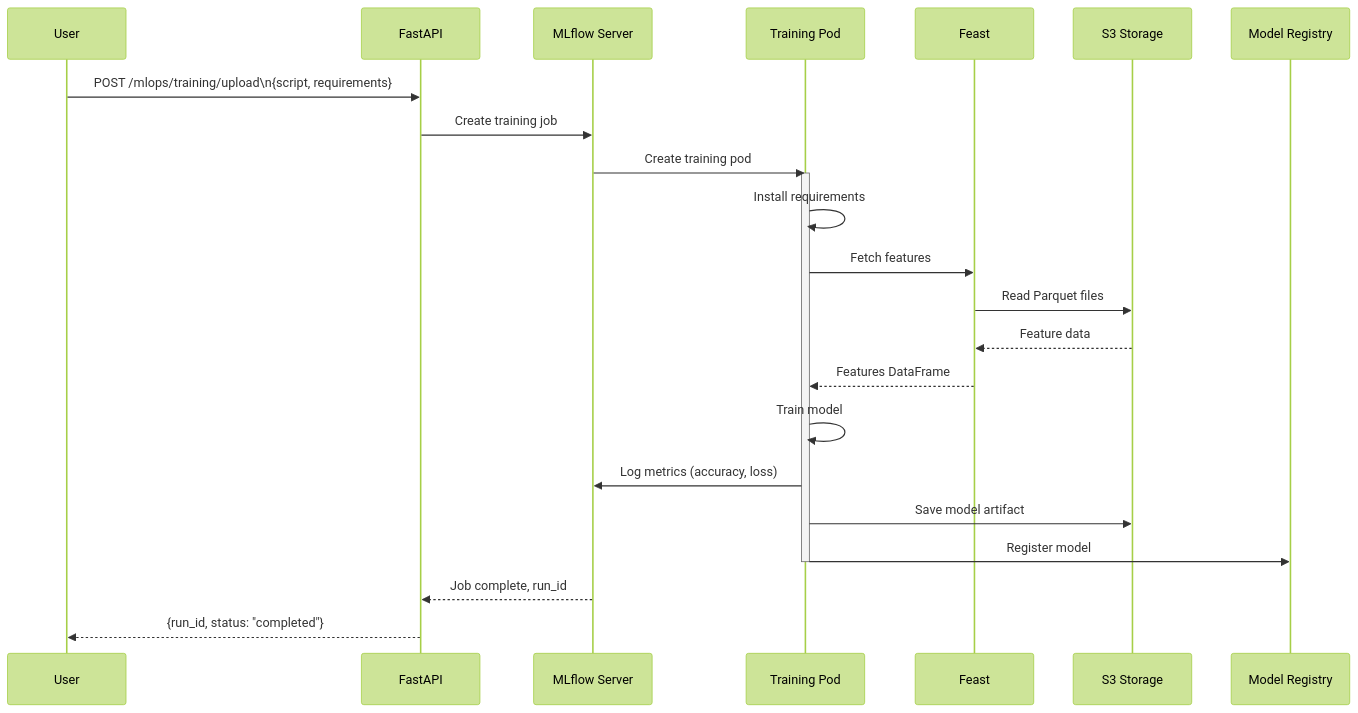
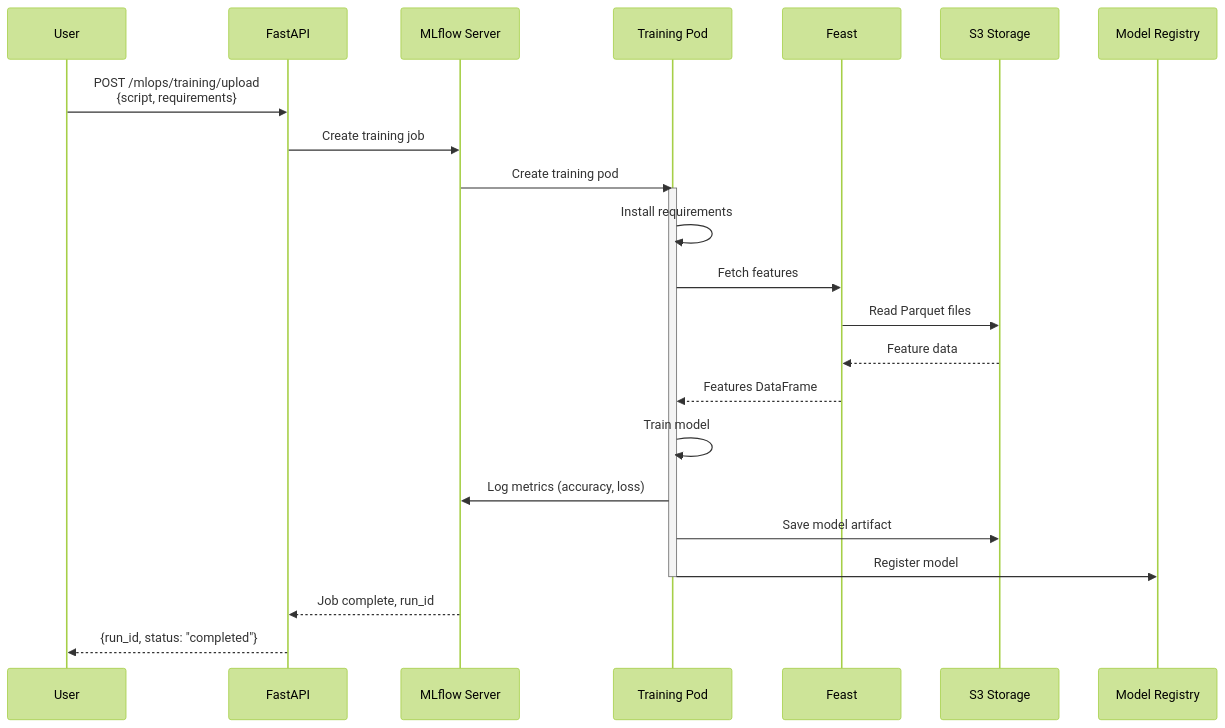
Diagram 13 of 19 in docs/COMPLETE_ARCHITECTURE.md (snowcell-cloud/asgard), drawn with Mermaid (forest theme) before and after one commit. The commit also changed other lines of this file and 16 other files, not shown here.

````diff
--- a/docs/COMPLETE_ARCHITECTURE.md
+++ b/docs/COMPLETE_ARCHITECTURE.md
@@ -914,30 +972,30 @@
 ```mermaid
 sequenceDiagram
     participant User
     participant API as FastAPI
     participant MLflow as MLflow Server
     participant Pod as Training Pod
     participant Feast as Feast
     participant S3 as S3 Storage
     participant Registry as Model Registry
 
-    User->>API: POST /mlops/training/upload\n{script, requirements}
+    User->>API: POST /mlops/training/upload<br/>{script, requirements}
     API->>MLflow: Create training job
     MLflow->>Pod: Create training pod
 
     activate Pod
     Pod->>Pod: Install requirements
     Pod->>Feast: Fetch features
     Feast->>S3: Read Parquet files
     S3-->>Feast: Feature data
     Feast-->>Pod: Features DataFrame
 
     Pod->>Pod: Train model
     Pod->>MLflow: Log metrics (accuracy, loss)
     Pod->>S3: Save model artifact
     Pod->>Registry: Register model
     deactivate Pod
 
     MLflow-->>API: Job complete, run_id
     API-->>User: {run_id, status: "completed"}
 ```
````
